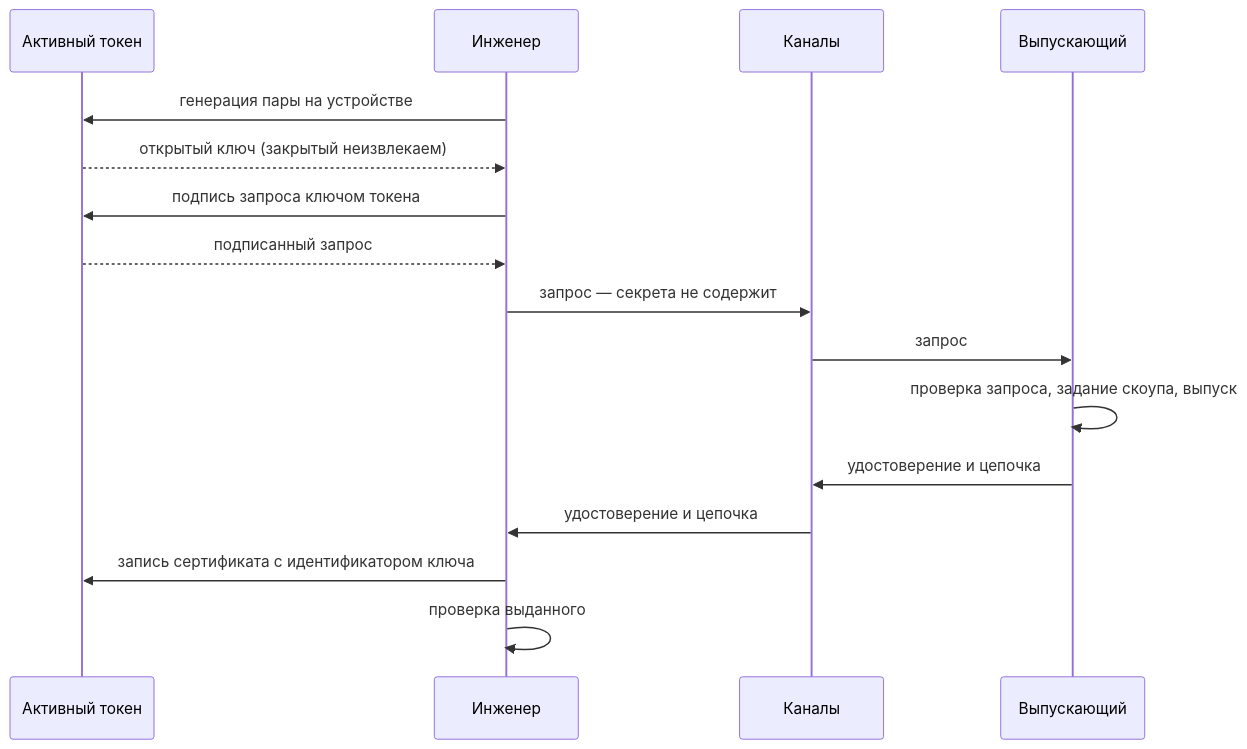
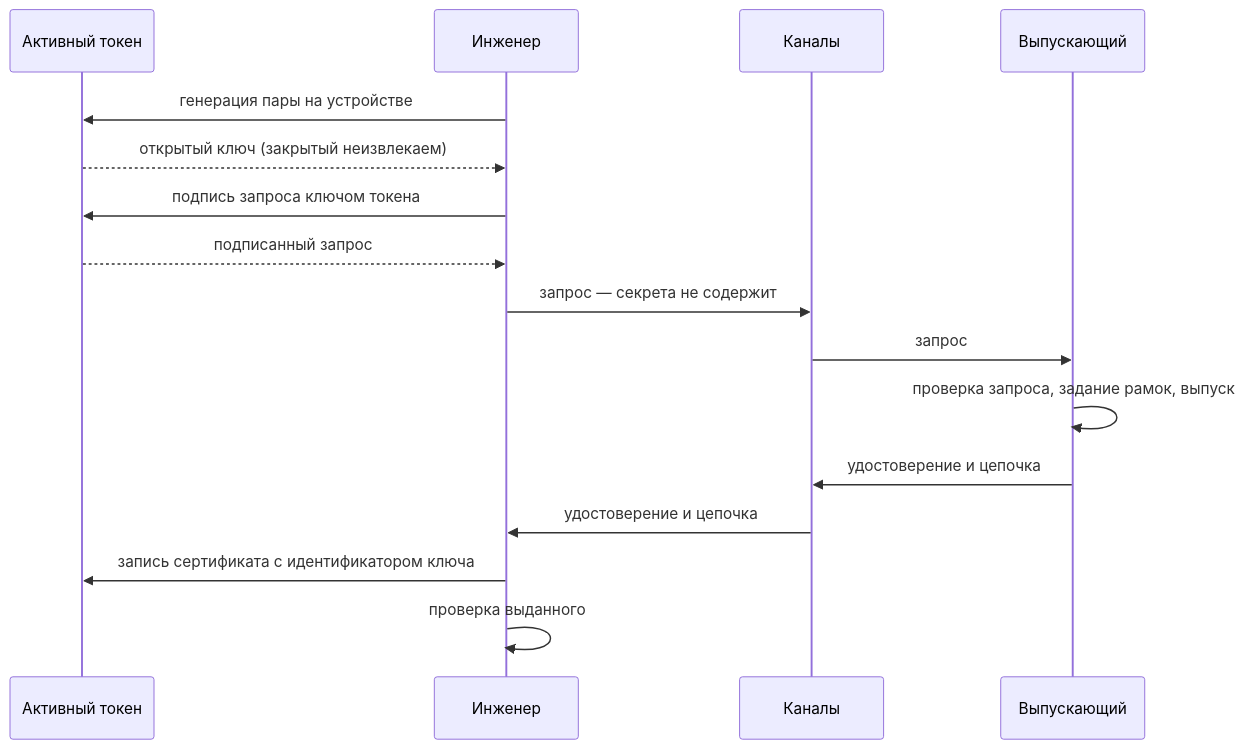
Before and after one commit to TesseraLabs/tessera: the diagram in docs/ru/issuance-token-key.md, drawn with Mermaid. The commit also changed other lines of this file and 2 other files, not shown here.

Commit message:
docs(ru): say рамки where the issuance pages said скоуп

````diff
--- a/docs/ru/issuance-token-key.md
+++ b/docs/ru/issuance-token-key.md
@@ -15,18 +15,18 @@
 ```mermaid
 sequenceDiagram
     participant T as Активный токен
     participant E as Инженер
     participant C as Каналы
     participant O as Выпускающий
     E->>T: генерация пары на устройстве
     T-->>E: открытый ключ (закрытый неизвлекаем)
     E->>T: подпись запроса ключом токена
     T-->>E: подписанный запрос
     E->>C: запрос — секрета не содержит
     C->>O: запрос
-    O->>O: проверка запроса, задание скоупа, выпуск
+    O->>O: проверка запроса, задание рамок, выпуск
     O->>C: удостоверение и цепочка
     C->>E: удостоверение и цепочка
     E->>T: запись сертификата с идентификатором ключа
     E->>E: проверка выданного
 ```
````
